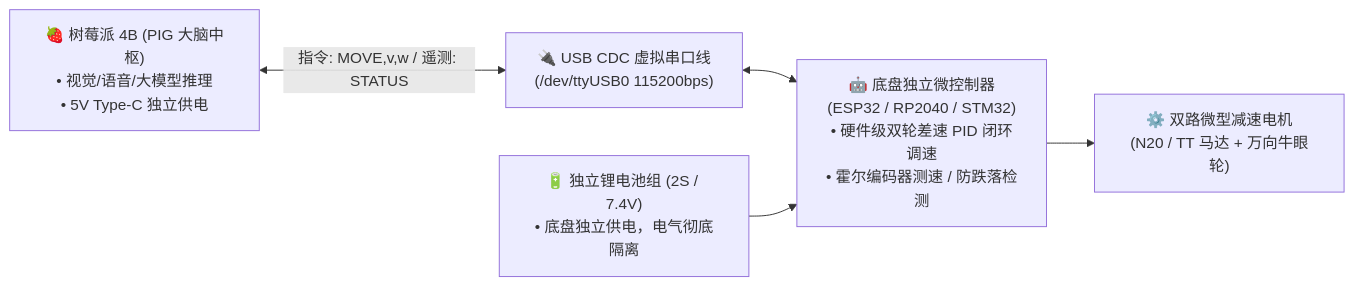
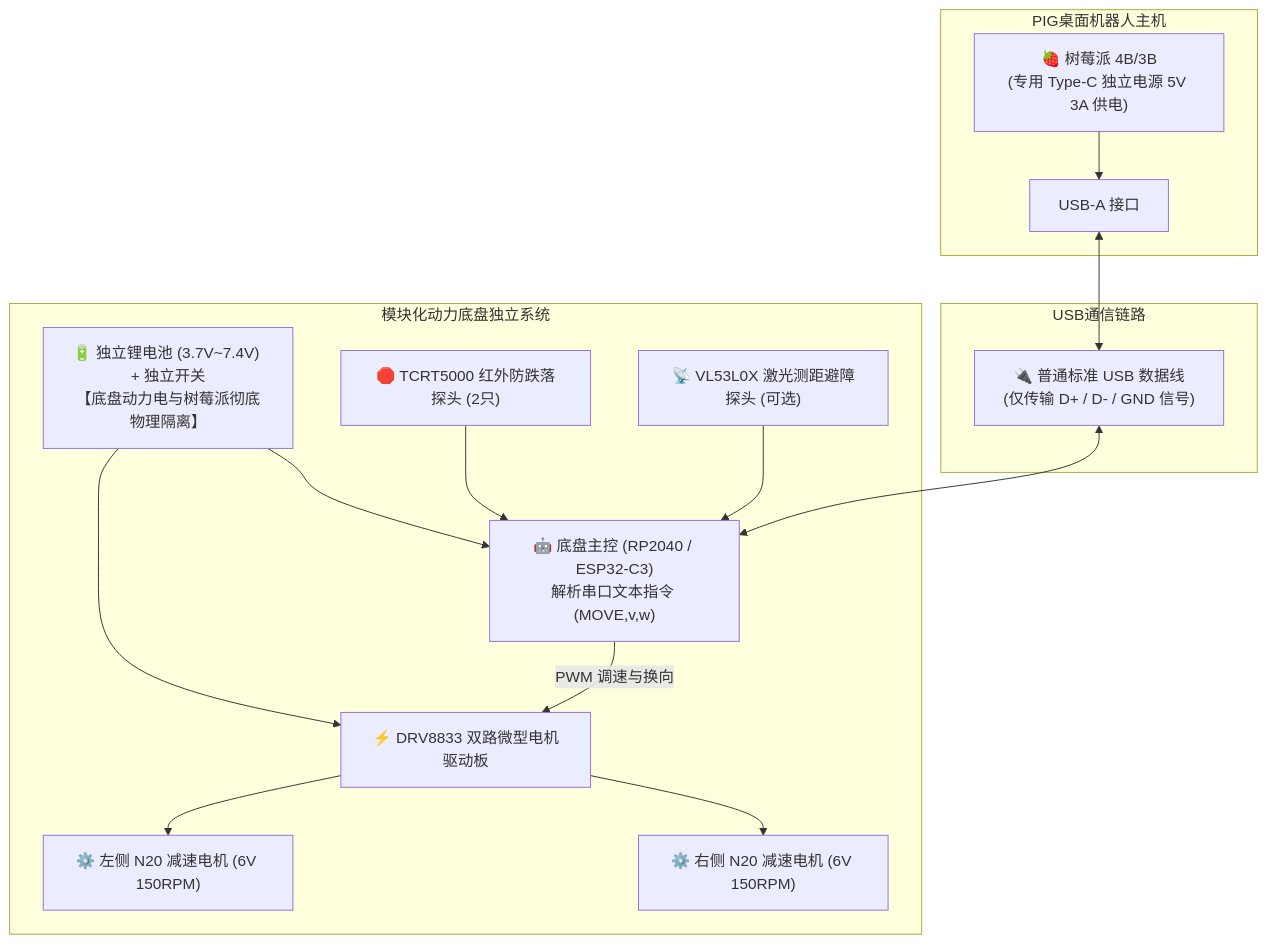
The second of 3 diagrams in docs/ROADMAP.md (Yugle/PIG), drawn with Mermaid before and after one commit. The commit also changed other lines of this file, not shown here.

Commit message:
docs(roadmap): update v2.2.0 roadmap with 4-level autonomous driving & chassis hardware specs

````diff
--- a/docs/ROADMAP.md
+++ b/docs/ROADMAP.md
@@ -122,13 +86,32 @@
 ```mermaid
-flowchart LR
-    RPi["🍓 树莓派 4B (PIG 大脑中枢)<br/>• 视觉/语音/大模型推理<br/>• 5V Type-C 独立供电"]
-    USBCable["🔌 USB CDC 虚拟串口线<br/>(/dev/ttyUSB0 115200bps)"]
-    ChassisMCU["🤖 底盘独立微控制器<br/>(ESP32 / RP2040 / STM32)<br/>• 硬件级双轮差速 PID 闭环调速<br/>• 霍尔编码器测速 / 防跌落检测"]
-    Battery["🔋 独立锂电池组 (2S / 7.4V)<br/>• 底盘独立供电，电气彻底隔离"]
-    Motors["⚙️ 双路微型减速电机<br/>(N20 / TT 马达 + 万向牛眼轮)"]
+flowchart TD
+    subgraph PIG桌面机器人主机
+        Pi["🍓 树莓派 4B/3B<br/>(专用 Type-C 独立电源 5V 3A 供电)"]
+        USBPort["USB-A 接口"]
+        Pi --> USBPort
+    end
 
-    RPi <-->|"指令: MOVE,v,w / 遥测: STATUS"| USBCable
-    USBCable <--> ChassisMCU
-    Battery --> ChassisMCU
-    ChassisMCU --> Motors
+    subgraph USB通信链路
+        Cable["🔌 普通标准 USB 数据线<br/>(仅传输 D+ / D- / GND 信号)"]
+        USBPort <--> Cable
+    end
+
+    subgraph 模块化动力底盘独立系统
+        MCU["🤖 底盘主控 (RP2040 / ESP32-C3)<br/>解析串口文本指令 (MOVE,v,w)"]
+        Driver["⚡ DRV8833 双路微型电机驱动板"]
+        MotorL["⚙️ 左侧 N20 减速电机 (6V 150RPM)"]
+        MotorR["⚙️ 右侧 N20 减速电机 (6V 150RPM)"]
+        Battery["🔋 独立锂电池 (3.7V~7.4V) + 独立开关<br/>【底盘动力电与树莓派彻底物理隔离】"]
+        Cliff["🛑 TCRT5000 红外防跌落探头 (2只)"]
+        ToF["📡 VL53L0X 激光测距避障探头 (可选)"]
+
+        Cable <--> MCU
+        Battery --> Driver
+        Battery --> MCU
+        Cliff --> MCU
+        ToF --> MCU
+        MCU -->|PWM 调速与换向| Driver
+        Driver --> MotorL
+        Driver --> MotorR
+    end
 ```
````
